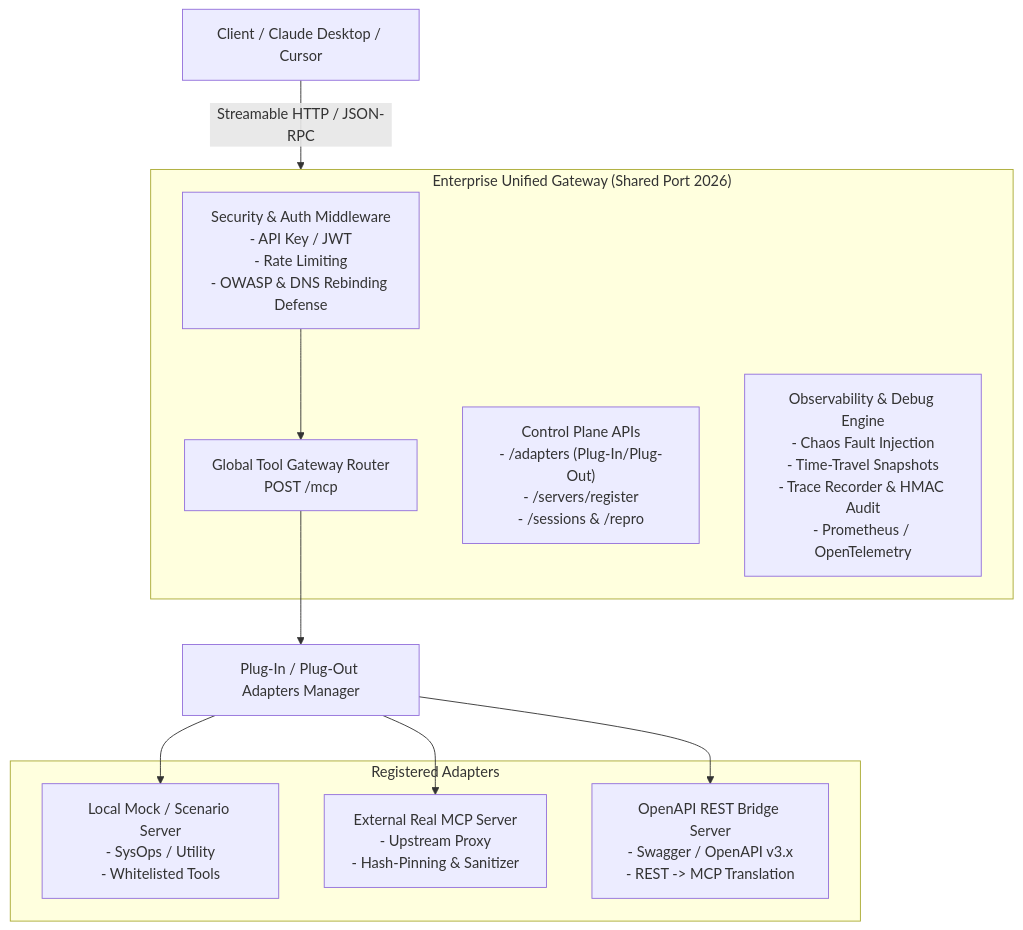
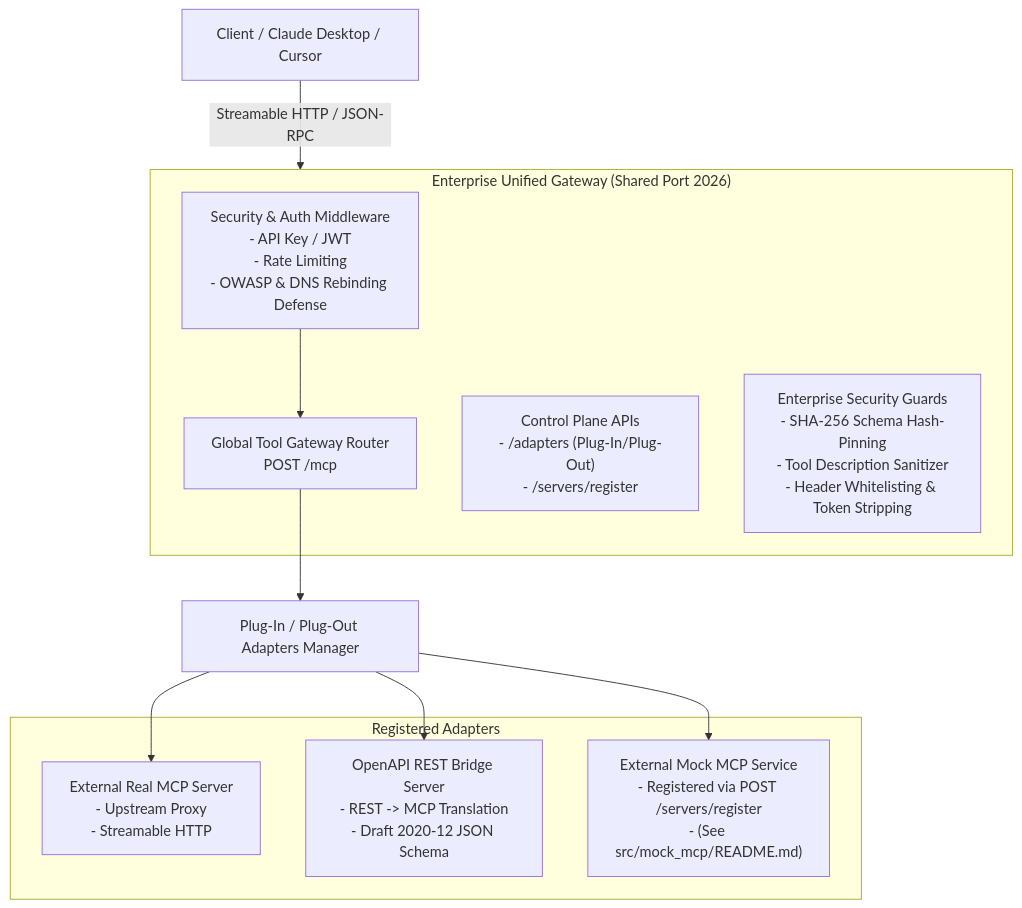
The diagram in README.md (phonhay103/mcp-gateway), drawn with Mermaid before and after one commit. The commit also changed other lines of this file and 53 other files, not shown here.

First line of the commit message:
Refactor MCP Gateway and Mock MCP Service

````diff
--- a/README.md
+++ b/README.md
@@ -9,23 +9,23 @@
 ```mermaid
 graph TD
     Client[Client / Claude Desktop / Cursor] -->|Streamable HTTP / JSON-RPC| Gateway["Enterprise Unified Gateway (:2026)"]
 
     subgraph Gateway ["Enterprise Unified Gateway (Shared Port 2026)"]
         Sec["Security & Auth Middleware<br/>- API Key / JWT<br/>- Rate Limiting<br/>- OWASP & DNS Rebinding Defense"] --> Router
         Router["Global Tool Gateway Router<br/>POST /mcp"]
-        CP["Control Plane APIs<br/>- /adapters (Plug-In/Plug-Out)<br/>- /servers/register<br/>- /sessions & /repro"]
-        Obs["Observability & Debug Engine<br/>- Chaos Fault Injection<br/>- Time-Travel Snapshots<br/>- Trace Recorder & HMAC Audit<br/>- Prometheus / OpenTelemetry"]
+        CP["Control Plane APIs<br/>- /adapters (Plug-In/Plug-Out)<br/>- /servers/register"]
+        SecGuards["Enterprise Security Guards<br/>- SHA-256 Schema Hash-Pinning<br/>- Tool Description Sanitizer<br/>- Header Whitelisting & Token Stripping"]
     end
 
     Router --> AdaptersMgr["Plug-In / Plug-Out Adapters Manager"]
 
     subgraph Adapters ["Registered Adapters"]
-        LocalMock["Local Mock / Scenario Server<br/>- SysOps / Utility<br/>- Whitelisted Tools"]
-        ExtProxy["External Real MCP Server<br/>- Upstream Proxy<br/>- Hash-Pinning & Sanitizer"]
-        OpenAPIBridge["OpenAPI REST Bridge Server<br/>- Swagger / OpenAPI v3.x<br/>- REST -> MCP Translation"]
+        ExtProxy["External Real MCP Server<br/>- Upstream Proxy<br/>- Streamable HTTP"]
+        OpenAPIBridge["OpenAPI REST Bridge Server<br/>- REST -> MCP Translation<br/>- Draft 2020-12 JSON Schema"]
+        MockServer["External Mock MCP Service<br/>- Registered via POST /servers/register<br/>- (See src/mock_mcp/README.md)"]
     end
 
-    AdaptersMgr --> LocalMock
     AdaptersMgr --> ExtProxy
     AdaptersMgr --> OpenAPIBridge
+    AdaptersMgr --> MockServer
 ```
````
